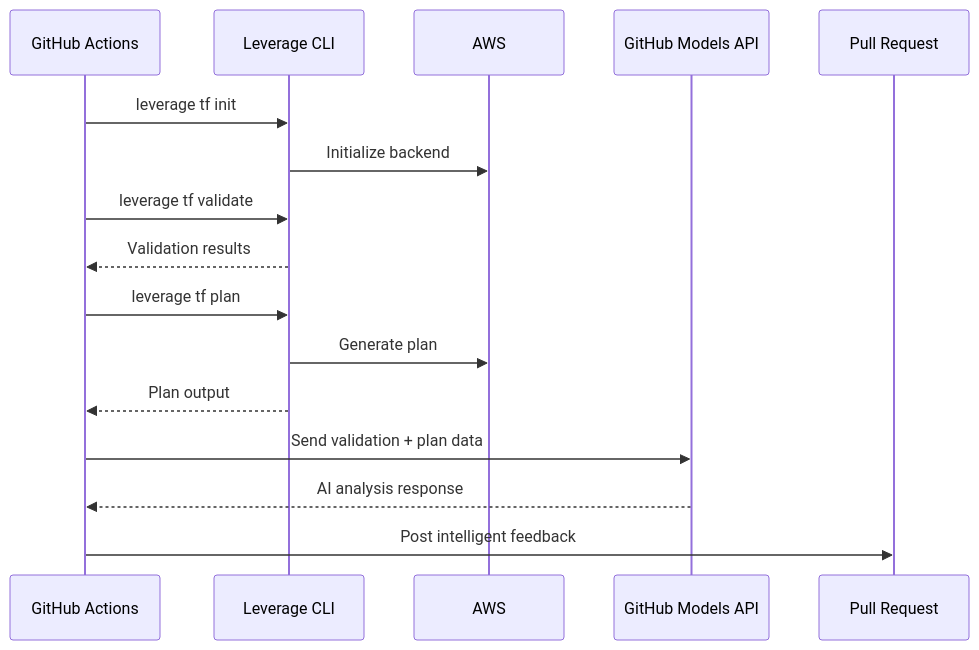
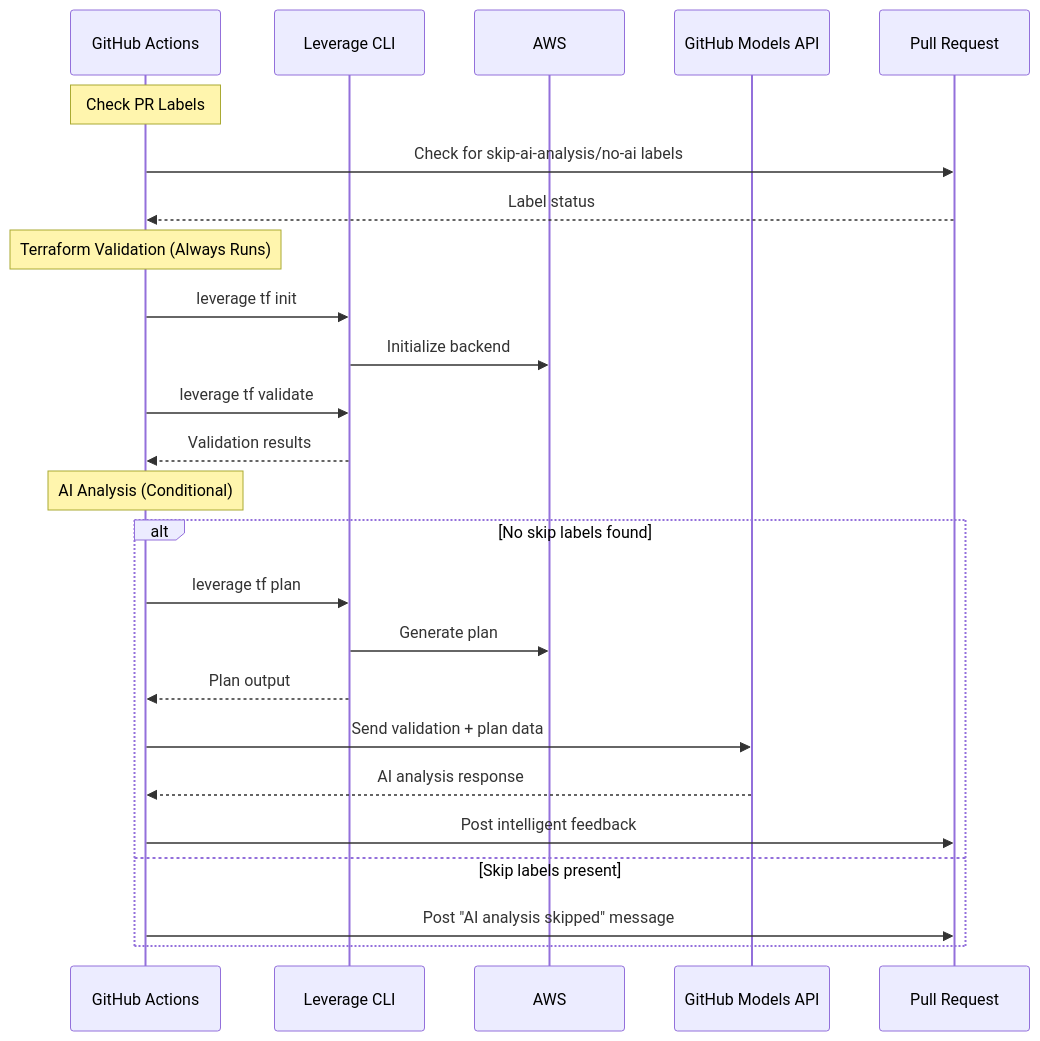
One commit to binbashar/le-tf-infra-aws changed the fourth of 6 diagrams in docs/AI_VALIDATION_SETUP.md. Above: the diagram before and after it, drawn with Mermaid. The commit also changed other lines of this file, not shown here.

First line of the commit message:
docs: update AI validation documentation with PR label control feature

````diff
--- a/docs/AI_VALIDATION_SETUP.md
+++ b/docs/AI_VALIDATION_SETUP.md
@@ -99,19 +145,30 @@
 ```mermaid
 sequenceDiagram
     participant GHA as GitHub Actions
     participant LC as Leverage CLI
     participant AWS as AWS
     participant AI as GitHub Models API
     participant PR as Pull Request
 
+    Note over GHA: Check PR Labels
+    GHA->>PR: Check for skip-ai-analysis/no-ai labels
+    PR-->>GHA: Label status
+
+    Note over GHA: Terraform Validation (Always Runs)
     GHA->>LC: leverage tf init
     LC->>AWS: Initialize backend
     GHA->>LC: leverage tf validate
     LC-->>GHA: Validation results
-    GHA->>LC: leverage tf plan
-    LC->>AWS: Generate plan
-    LC-->>GHA: Plan output
-    GHA->>AI: Send validation + plan data
-    AI-->>GHA: AI analysis response
-    GHA->>PR: Post intelligent feedback
+
+    Note over GHA: AI Analysis (Conditional)
+    alt No skip labels found
+        GHA->>LC: leverage tf plan
+        LC->>AWS: Generate plan
+        LC-->>GHA: Plan output
+        GHA->>AI: Send validation + plan data
+        AI-->>GHA: AI analysis response
+        GHA->>PR: Post intelligent feedback
+    else Skip labels present
+        GHA->>PR: Post "AI analysis skipped" message
+    end
 ```
````
